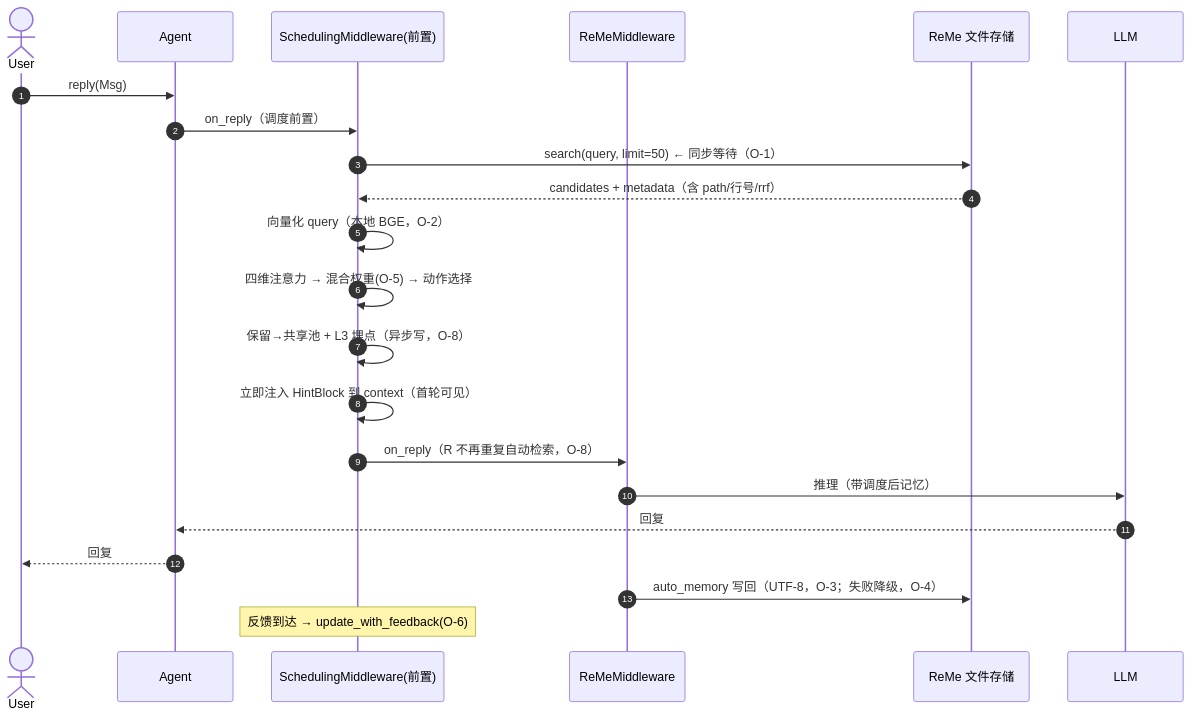
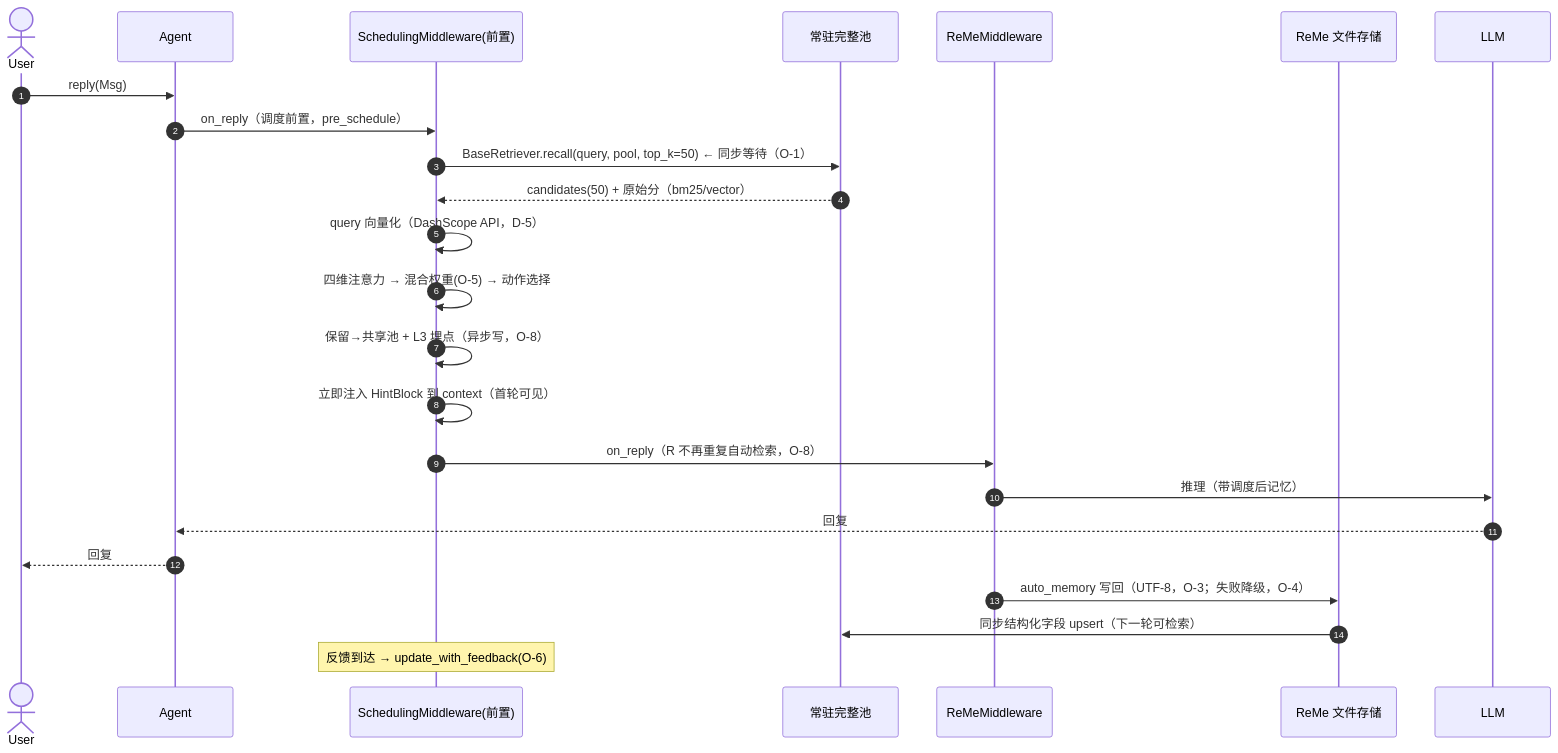
The ninth of 10 diagrams in docs/多智能体记忆共享调度系统工程实现文档.md (ToWaitJust/Multi-agent-Memory), drawn with Mermaid before and after one commit. The commit also changed other lines of this file and 57 other files, not shown here.

````diff
--- a/docs/多智能体记忆共享调度系统工程实现文档.md
+++ b/docs/多智能体记忆共享调度系统工程实现文档.md
@@ -1055,25 +1012,27 @@
 ```mermaid
 sequenceDiagram
     autonumber
     actor User
     participant A as Agent
     participant S as SchedulingMiddleware(前置)
+    participant RP as 常驻完整池
     participant R as ReMeMiddleware
     participant F as ReMe 文件存储
     participant LLM as LLM
 
     User->>A: reply(Msg)
-    A->>S: on_reply（调度前置）
-    S->>F: search(query, limit=50)  ← 同步等待（O-1）
-    F-->>S: candidates + metadata（含 path/行号/rrf）
-    S->>S: 向量化 query（本地 BGE，O-2）
+    A->>S: on_reply（调度前置，pre_schedule）
+    S->>RP: BaseRetriever.recall(query, pool, top_k=50)  ← 同步等待（O-1）
+    RP-->>S: candidates(50) + 原始分（bm25/vector）
+    S->>S: query 向量化（DashScope API，D-5）
     S->>S: 四维注意力 → 混合权重(O-5) → 动作选择
     S->>S: 保留→共享池 + L3 埋点（异步写，O-8）
     S->>S: 立即注入 HintBlock 到 context（首轮可见）
     S->>R: on_reply（R 不再重复自动检索，O-8）
     R->>LLM: 推理（带调度后记忆）
     LLM-->>A: 回复
     A-->>User: 回复
     R->>F: auto_memory 写回（UTF-8，O-3；失败降级，O-4）
+    F->>RP: 同步结构化字段 upsert（下一轮可检索）
     Note over S: 反馈到达 → update_with_feedback(O-6)
 ```
````
